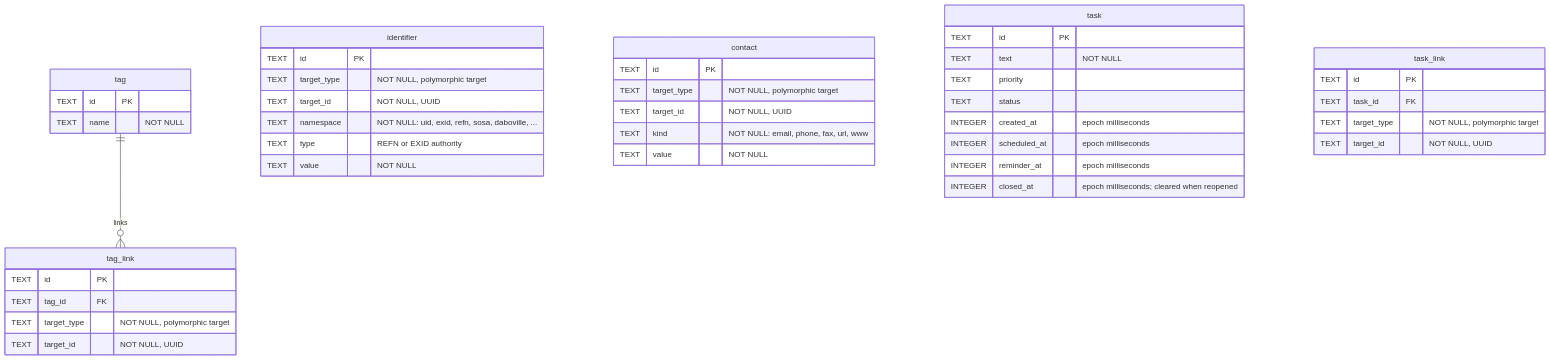
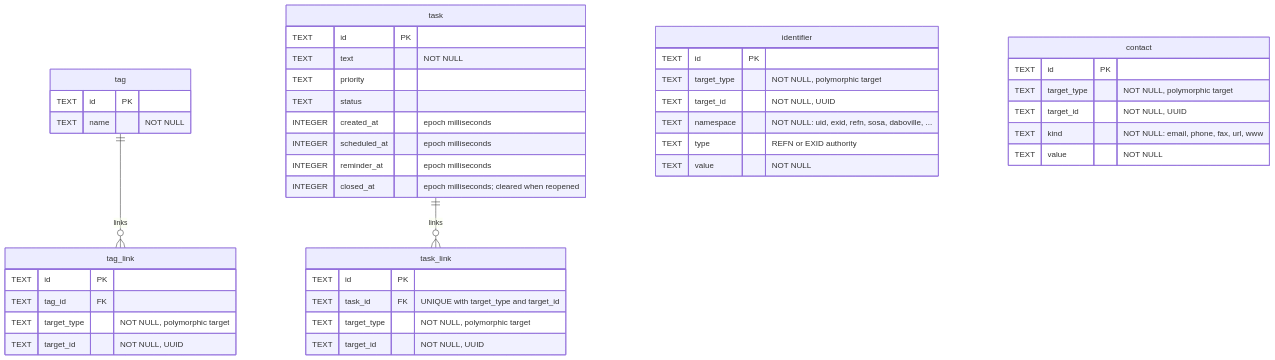
Diagram 12 of 12 in docs/db-schema.md (borisovodov/doru), drawn with Mermaid before and after one commit. The commit also changed other lines of this file, not shown here.

First line of the commit message:
Fix stale details in the database schema reference

````diff
--- a/docs/db-schema.md
+++ b/docs/db-schema.md
@@ -856,51 +860,52 @@
 ```mermaid
 erDiagram
     tag ||--o{ tag_link : "links"
+    task ||--o{ task_link : "links"
 
     identifier {
         TEXT id PK
         TEXT target_type "NOT NULL, polymorphic target"
         TEXT target_id "NOT NULL, UUID"
         TEXT namespace "NOT NULL: uid, exid, refn, sosa, daboville, ..."
         TEXT type "REFN or EXID authority"
         TEXT value "NOT NULL"
     }
 
     contact {
         TEXT id PK
         TEXT target_type "NOT NULL, polymorphic target"
         TEXT target_id "NOT NULL, UUID"
         TEXT kind "NOT NULL: email, phone, fax, url, www"
         TEXT value "NOT NULL"
     }
 
     tag {
         TEXT id PK
         TEXT name "NOT NULL"
     }
 
     tag_link {
         TEXT id PK
         TEXT tag_id FK
         TEXT target_type "NOT NULL, polymorphic target"
         TEXT target_id "NOT NULL, UUID"
     }
 
     task {
         TEXT id PK
         TEXT text "NOT NULL"
         TEXT priority
         TEXT status
         INTEGER created_at "epoch milliseconds"
         INTEGER scheduled_at "epoch milliseconds"
         INTEGER reminder_at "epoch milliseconds"
         INTEGER closed_at "epoch milliseconds; cleared when reopened"
     }
 
     task_link {
         TEXT id PK
-        TEXT task_id FK
+        TEXT task_id FK "UNIQUE with target_type and target_id"
         TEXT target_type "NOT NULL, polymorphic target"
         TEXT target_id "NOT NULL, UUID"
     }
 ```
````
